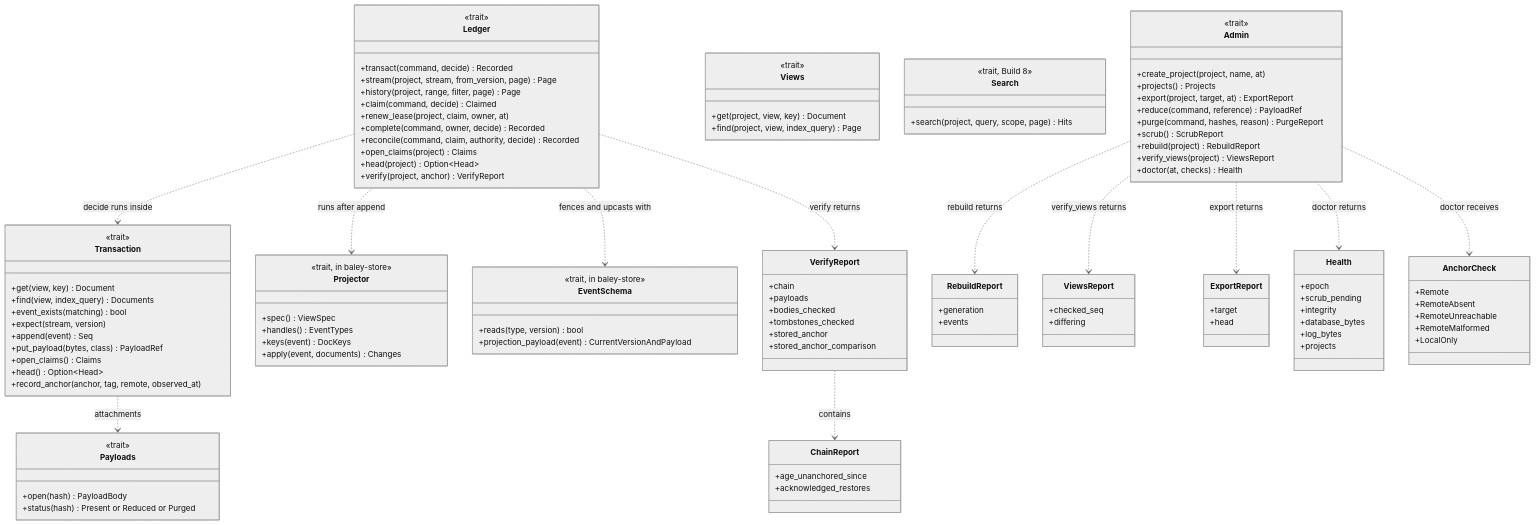
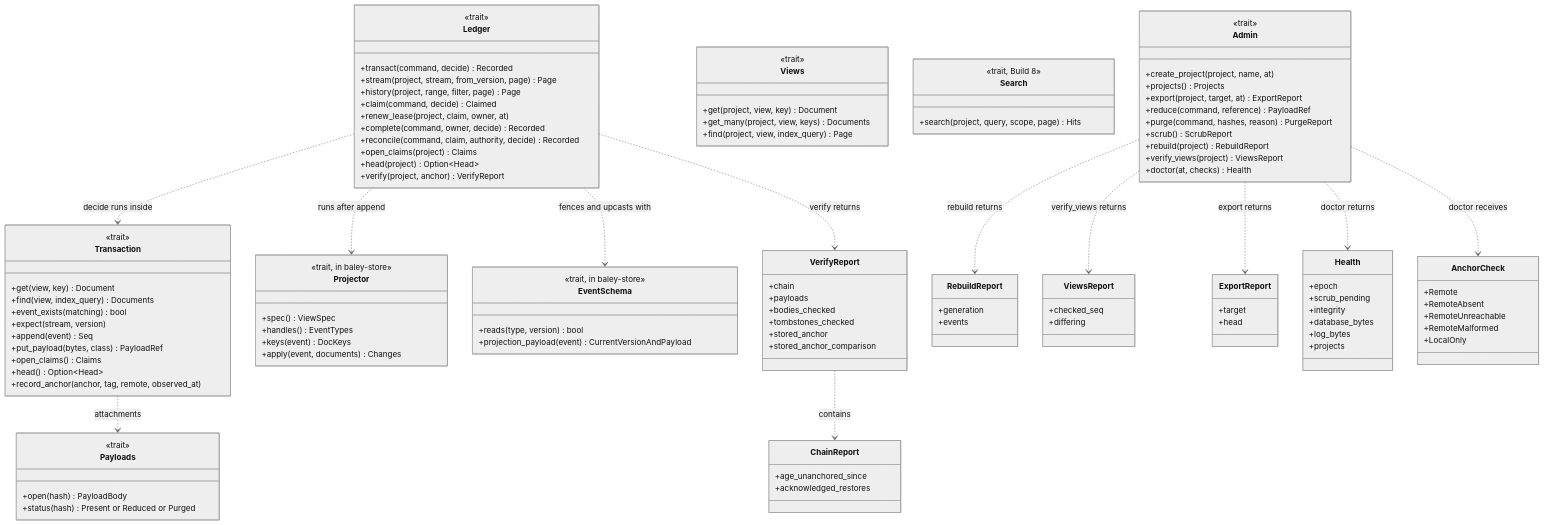
Before and after one commit to crenshawdev/baley: the fourth of 14 diagrams in docs/design/0001-evidence-ledger.md, drawn with Mermaid (neutral theme). The commit also changed other lines of this file and 3 other files, not shown here.

```diff
--- a/docs/design/0001-evidence-ledger.md
+++ b/docs/design/0001-evidence-ledger.md
@@ -256,6 +256,7 @@
   class Views {
     <<trait>>
     +get(project, view, key) Document
+    +get_many(project, view, keys) Documents
     +find(project, view, index_query) Page
   }
   class Payloads {
```
